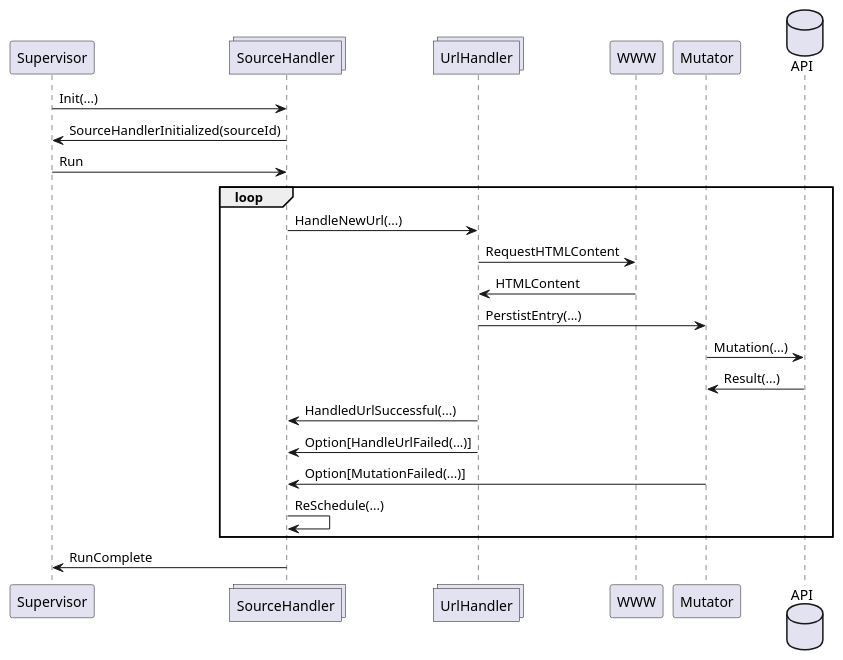
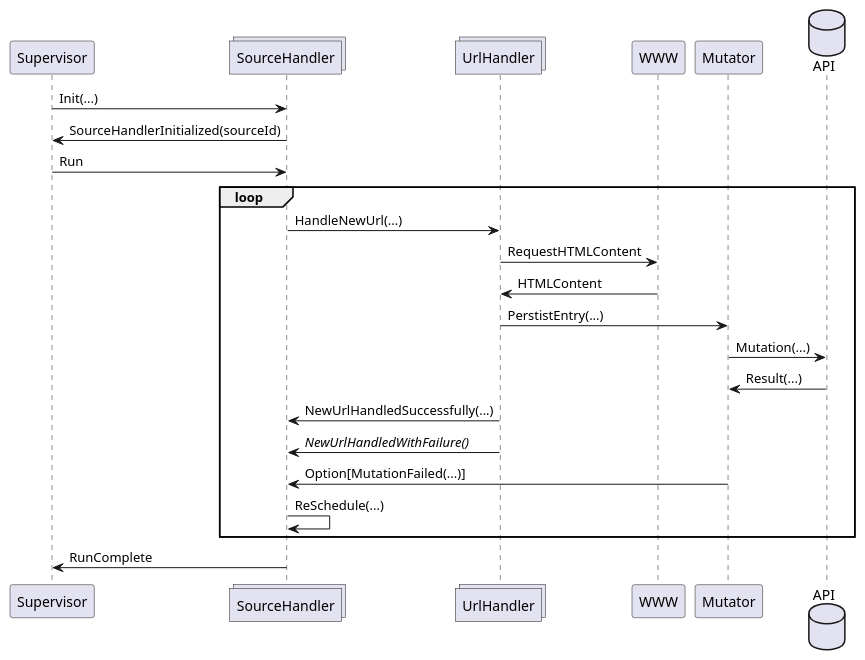
The diagram in doc/proto.puml (coverified/content_extractor), drawn with PlantUML before and after one commit. The commit also changed 3 other files, not shown here.

```diff
--- a/doc/proto.puml
+++ b/doc/proto.puml
@@ -1,29 +1,29 @@
 @startuml
 participant Supervisor
 collections SourceHandler
 collections UrlHandler
 participant WWW
 participant Mutator
 database API
 
 
 Supervisor -> SourceHandler: Init(...)
 SourceHandler -> Supervisor: SourceHandlerInitialized(sourceId)
 Supervisor -> SourceHandler: Run
 
 loop
 SourceHandler -> UrlHandler: HandleNewUrl(...)
 UrlHandler -> WWW: RequestHTMLContent
 WWW -> UrlHandler: HTMLContent
 
 UrlHandler -> Mutator: PerstistEntry(...)
 Mutator -> API: Mutation(...)
 API -> Mutator: Result(...)
-UrlHandler -> SourceHandler: HandledUrlSuccessful(...)
-UrlHandler -> SourceHandler: Option[HandleUrlFailed(...)]
+UrlHandler -> SourceHandler: NewUrlHandledSuccessfully(...)
+UrlHandler -> SourceHandler: //NewUrlHandledWithFailure()//
 Mutator -> SourceHandler: Option[MutationFailed(...)]
 SourceHandler -> SourceHandler: ReSchedule(...)
 end loop
 
 SourceHandler -> Supervisor:RunComplete
 @enduml
```
